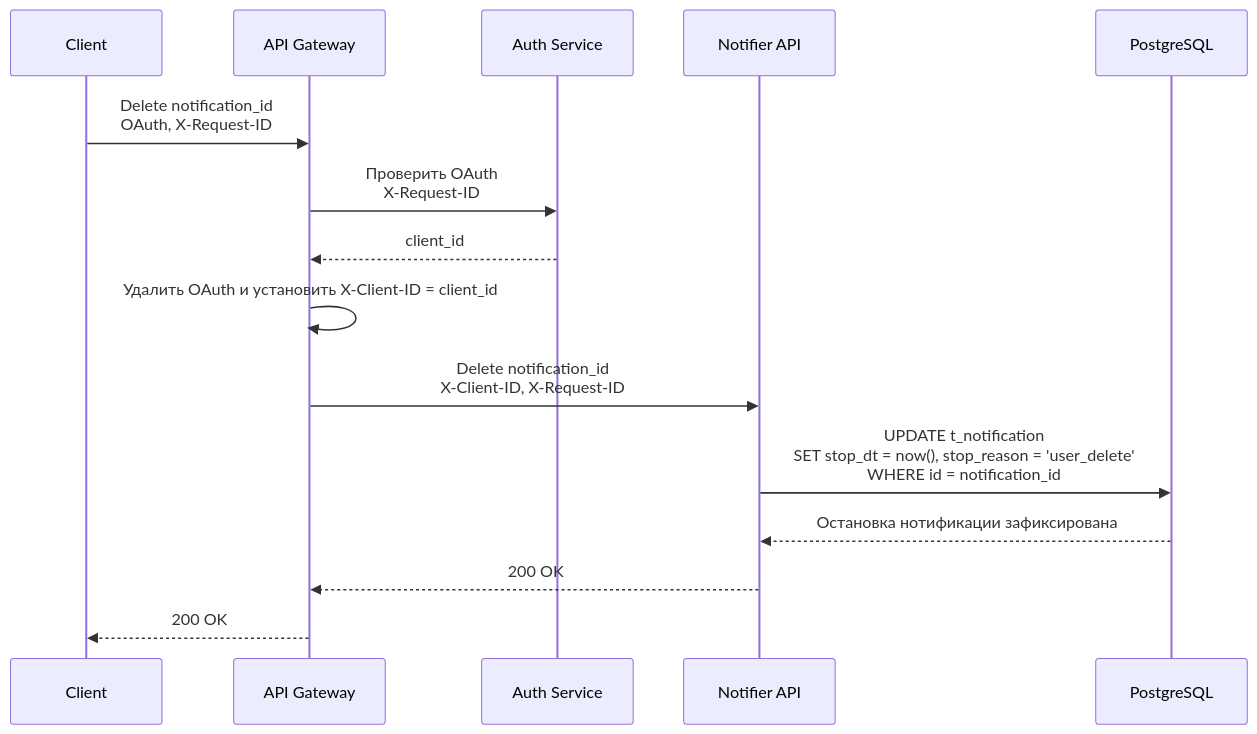
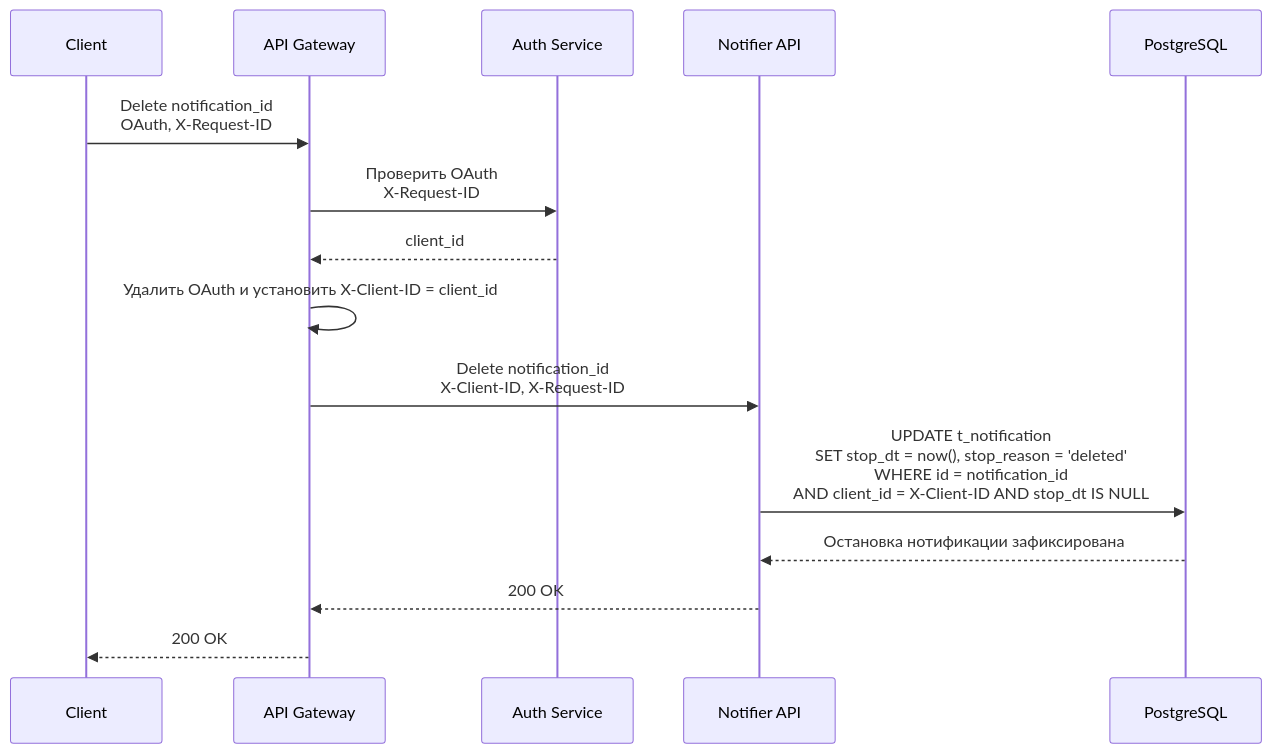
One commit to ssunshineguy/notifier changed the fourth of 6 diagrams in README.md. Above: the diagram before and after it, drawn with Mermaid. The commit also changed other lines of this file and 41 other files, not shown here.

````diff
--- a/README.md
+++ b/README.md
@@ -112,18 +112,18 @@
 ```mermaid
 sequenceDiagram
     participant C as Client
     participant G as API Gateway
     participant A as Auth Service
     participant N as Notifier API
     participant DB as PostgreSQL
 
     C->>G: Delete notification_id<br/>OAuth, X-Request-ID
     G->>A: Проверить OAuth<br/>X-Request-ID
     A-->>G: client_id
     G->>G: Удалить OAuth и установить X-Client-ID = client_id
     G->>N: Delete notification_id<br/>X-Client-ID, X-Request-ID
-    N->>DB: UPDATE t_notification<br/>SET stop_dt = now(), stop_reason = 'user_delete'<br/>WHERE id = notification_id
+    N->>DB: UPDATE t_notification<br/>SET stop_dt = now(), stop_reason = 'deleted'<br/>WHERE id = notification_id<br/>AND client_id = X-Client-ID AND stop_dt IS NULL
     DB-->>N: Остановка нотификации зафиксирована
     N-->>G: 200 OK
     G-->>C: 200 OK
 ```
````
